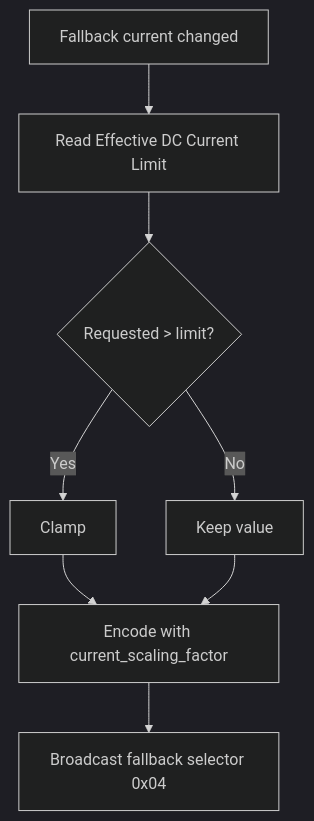
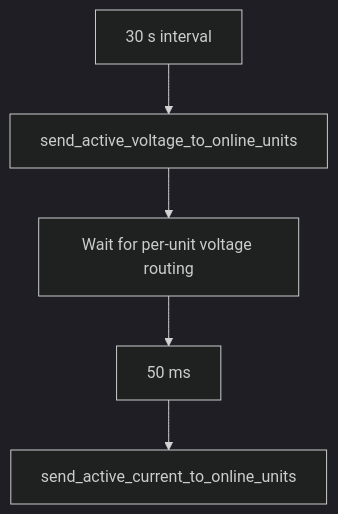
Diagram 16 of 26 in R4875G1_CONTROL_FLOWS.md (anwa/esphome-r4875g1-3phase-charger), drawn with Mermaid (dark theme) before and after one commit. The commit also changed other lines of this file and 1 other file, not shown here.

````diff
--- a/R4875G1_CONTROL_FLOWS.md
+++ b/R4875G1_CONTROL_FLOWS.md
@@ -250,10 +530,7 @@
 ```mermaid
 flowchart TD
-    A[Fallback current changed] --> B[Read Effective DC Current Limit]
-    B --> C{Requested > limit?}
-    C -- Yes --> D[Clamp]
-    C -- No --> E[Keep value]
-    D --> F[Encode with current_scaling_factor]
-    E --> F
-    F --> G[Broadcast fallback selector 0x04]
+    A[30 s interval] --> B[send_active_voltage_to_online_units]
+    B --> C[Wait for per-unit voltage routing]
+    C --> D[50 ms]
+    D --> E[send_active_current_to_online_units]
 ```
````
